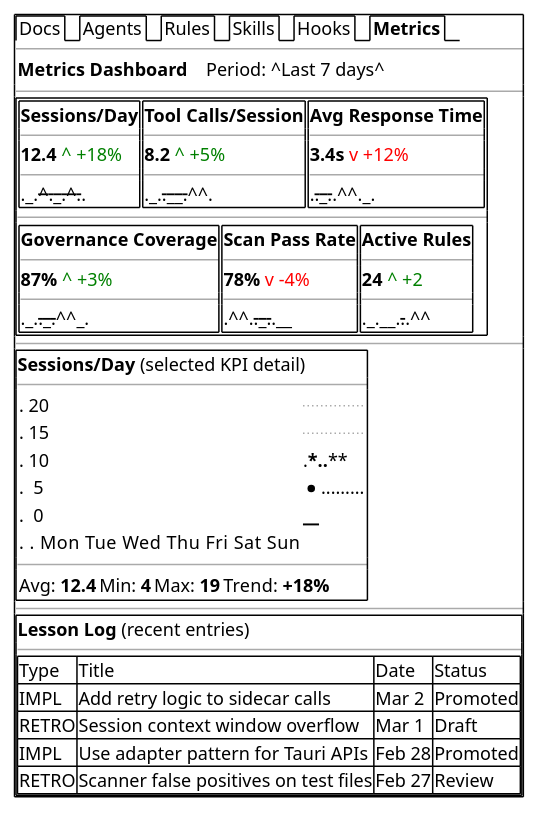
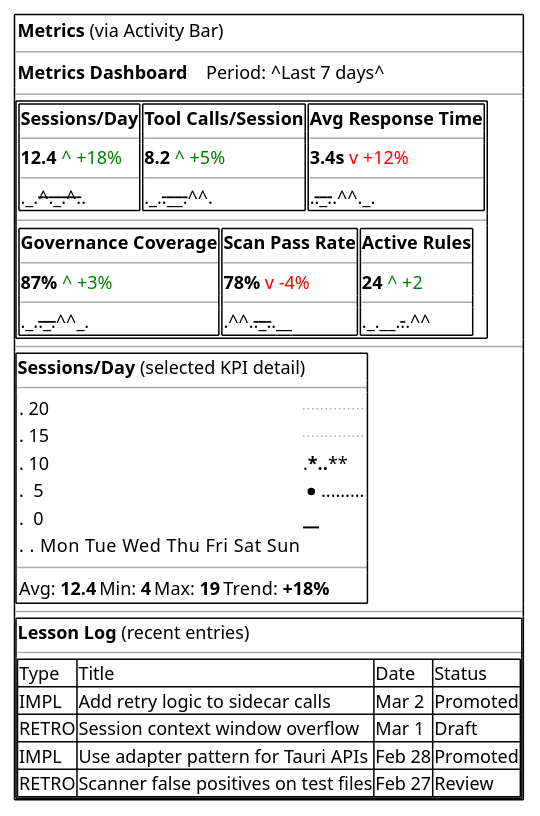
Before and after one commit to orqastudio/app: the third of 4 diagrams in docs/ui/wireframes/dashboard.md, drawn with PlantUML. The commit also changed other lines of this file and 19 other files, not shown here.

````diff
--- a/docs/ui/wireframes/dashboard.md
+++ b/docs/ui/wireframes/dashboard.md
@@ -192,82 +192,82 @@
 ```plantuml
 @startsalt
 {+
-  {/ Docs | Agents | Rules | Skills | Hooks | <b>Metrics</b> }
+  { <b>Metrics</b> (via Activity Bar) }
   ---
   { <b>Metrics Dashboard</b> | . | . | Period: ^Last 7 days^ }
   ---
   {+
     {
       {+
         <b>Sessions/Day</b>
         ---
         <b>12.4</b> <color:green>^ +18%</color>
         ---
         ._.--^._.^.--.
       } | {+
         <b>Tool Calls/Session</b>
         ---
         <b>8.2</b> <color:green>^ +5%</color>
         ---
         ._.--.__.--^^.
       } | {+
         <b>Avg Response Time</b>
         ---
         <b>3.4s</b> <color:red>v +12%</color>
         ---
         .--._.--.^^._.
       }
     }
     ---
     {
       {+
         <b>Governance Coverage</b>
         ---
         <b>87%</b> <color:green>^ +3%</color>
         ---
         ._.--._.--^^_.
       } | {+
         <b>Scan Pass Rate</b>
         ---
         <b>78%</b> <color:red>v -4%</color>
         ---
         .^^.--._.--.__
       } | {+
         <b>Active Rules</b>
         ---
         <b>24</b> <color:green>^ +2</color>
         ---
         ._.__.--.--.^^
       }
     }
   }
   ---
   {+
     <b>Sessions/Day</b> (selected KPI detail)
     ---
     {
       . 20 |..........
       . 15 |....**....
       . 10 |.***..****
       .  5 |*.........
       .  0 |__________
       .    . Mon Tue Wed Thu Fri Sat Sun
     }
     ---
     { Avg: <b>12.4</b> | Min: <b>4</b> | Max: <b>19</b> | Trend: <b>+18%</b> }
   }
   ---
   {+
     <b>Lesson Log</b> (recent entries)
     ---
     {#
       Type | Title | Date | Status
       IMPL | Add retry logic to sidecar calls | Mar 2 | Promoted
       RETRO | Session context window overflow | Mar 1 | Draft
       IMPL | Use adapter pattern for Tauri APIs | Feb 28 | Promoted
       RETRO | Scanner false positives on test files | Feb 27 | Review
     }
   }
 }
 @endsalt
 ```
````
